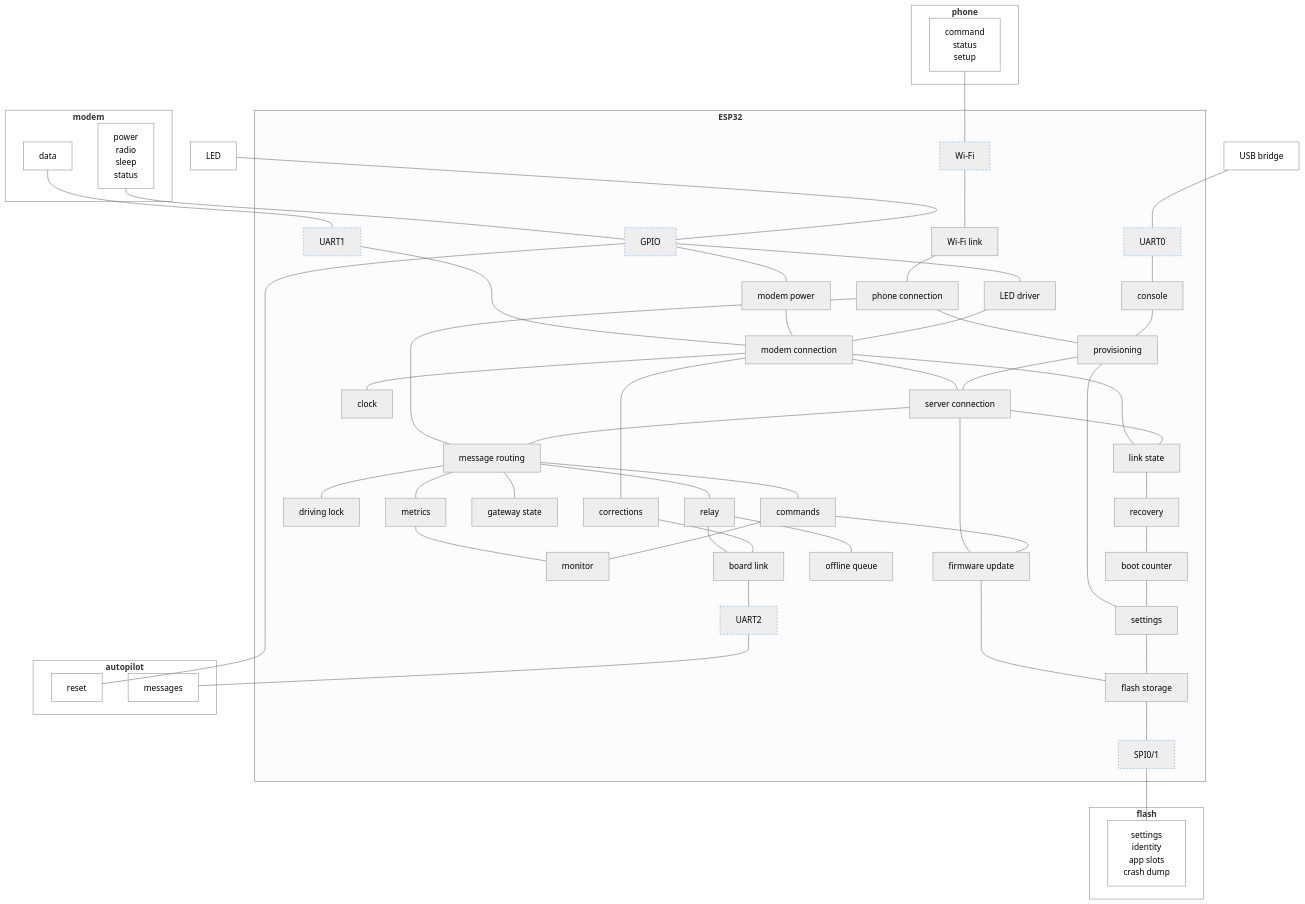
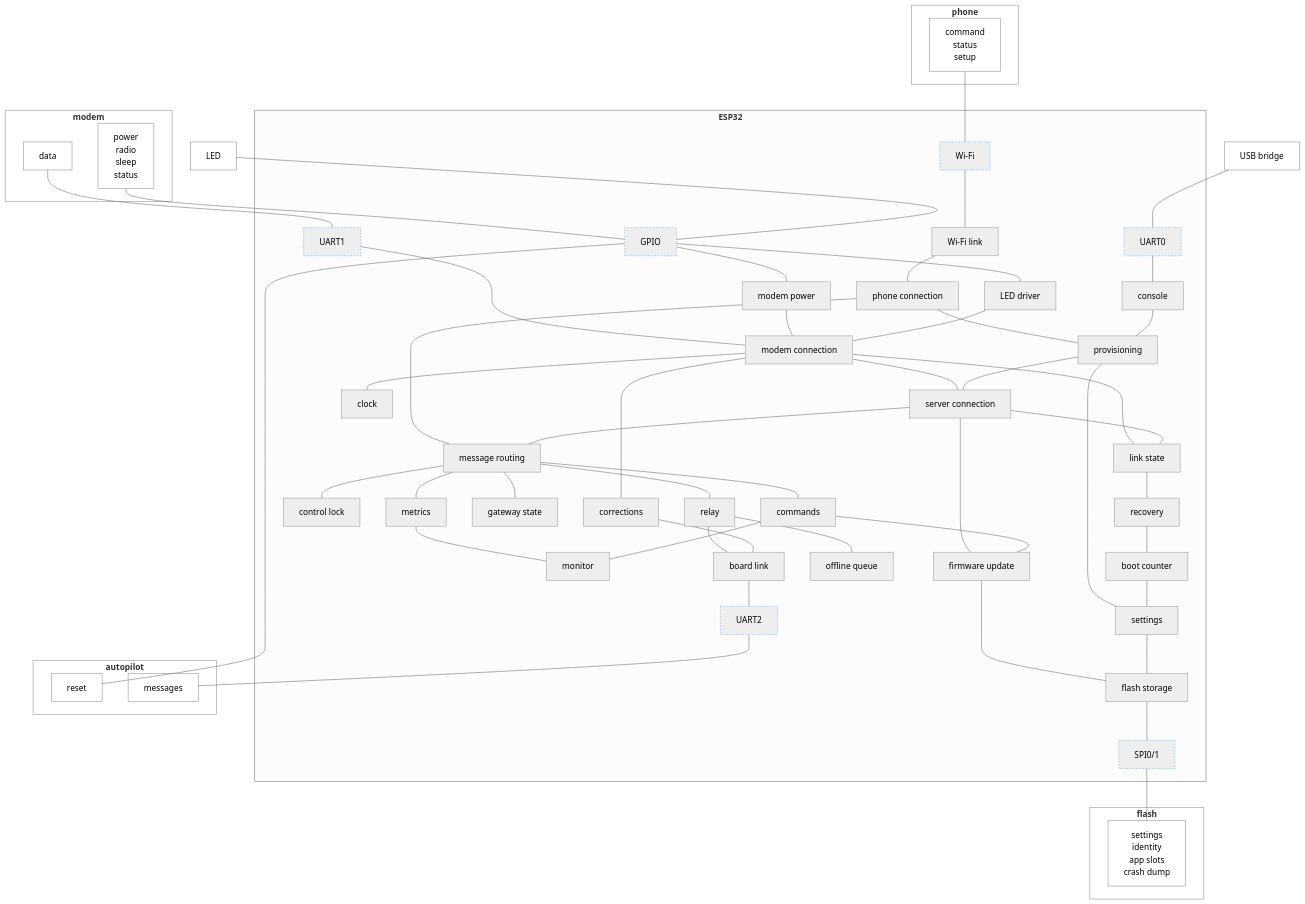
Before and after one commit to rmx-lt/rmx-mower-gateway: the diagram in .esp-architecture/diagrams/block-draft.md, drawn with Mermaid (neutral theme).

Commit message:
Draft: control lock

```diff
--- a/.esp-architecture/diagrams/block-draft.md
+++ b/.esp-architecture/diagrams/block-draft.md
@@ -27,7 +27,7 @@
     mqtt["server connection"]
     phc["phone connection"]
     msg["message routing"]
-    lock["driving lock"]
+    lock["control lock"]
     prov["provisioning"]
     cmd["commands"]
     upd["firmware update"]
```
